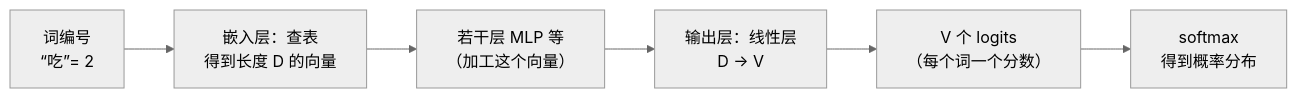
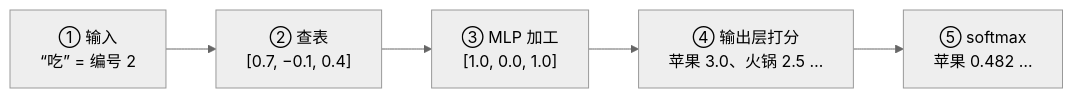
The third of 4 diagrams in docs/chapters/ch00-primer.md (LeeGerry/CS336), drawn with Mermaid (neutral theme) before and after one commit. The commit also changed other lines of this file, not shown here.

````diff
--- a/docs/chapters/ch00-primer.md
+++ b/docs/chapters/ch00-primer.md
@@ -720,8 +729,7 @@
 ```mermaid
 flowchart LR
-  T["词编号<br/>“吃”= 2"] --> E["嵌入层：查表<br/>得到长度 D 的向量"]
-  E --> M["若干层 MLP 等<br/>（加工这个向量）"]
-  M --> O["输出层：线性层<br/>D → V"]
-  O --> Z["V 个 logits<br/>（每个词一个分数）"]
-  Z --> S["softmax<br/>得到概率分布"]
+  A["① 输入<br/>“吃” = 编号 2"] --> B["② 查表<br/>[0.7, −0.1, 0.4]"]
+  B --> C["③ MLP 加工<br/>[1.0, 0.0, 1.0]"]
+  C --> D["④ 输出层打分<br/>苹果 3.0、火锅 2.5 …"]
+  D --> E["⑤ softmax<br/>苹果 0.482 …"]
 ```
````
